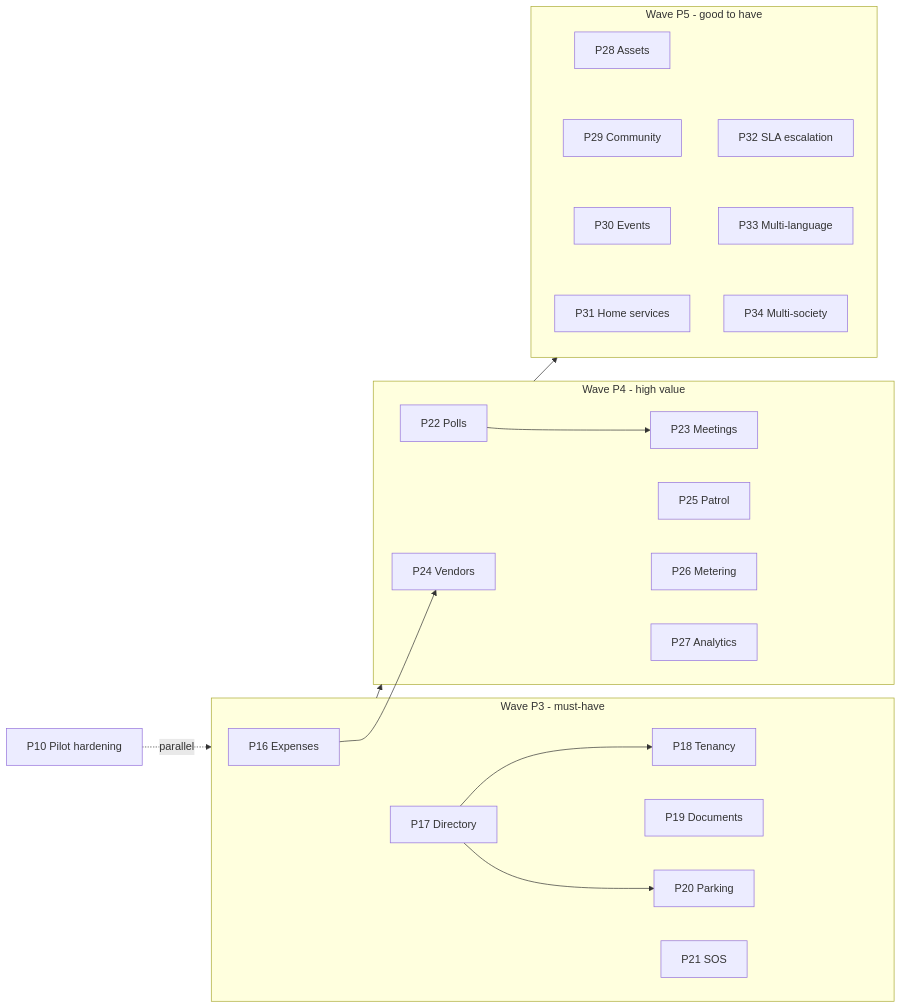
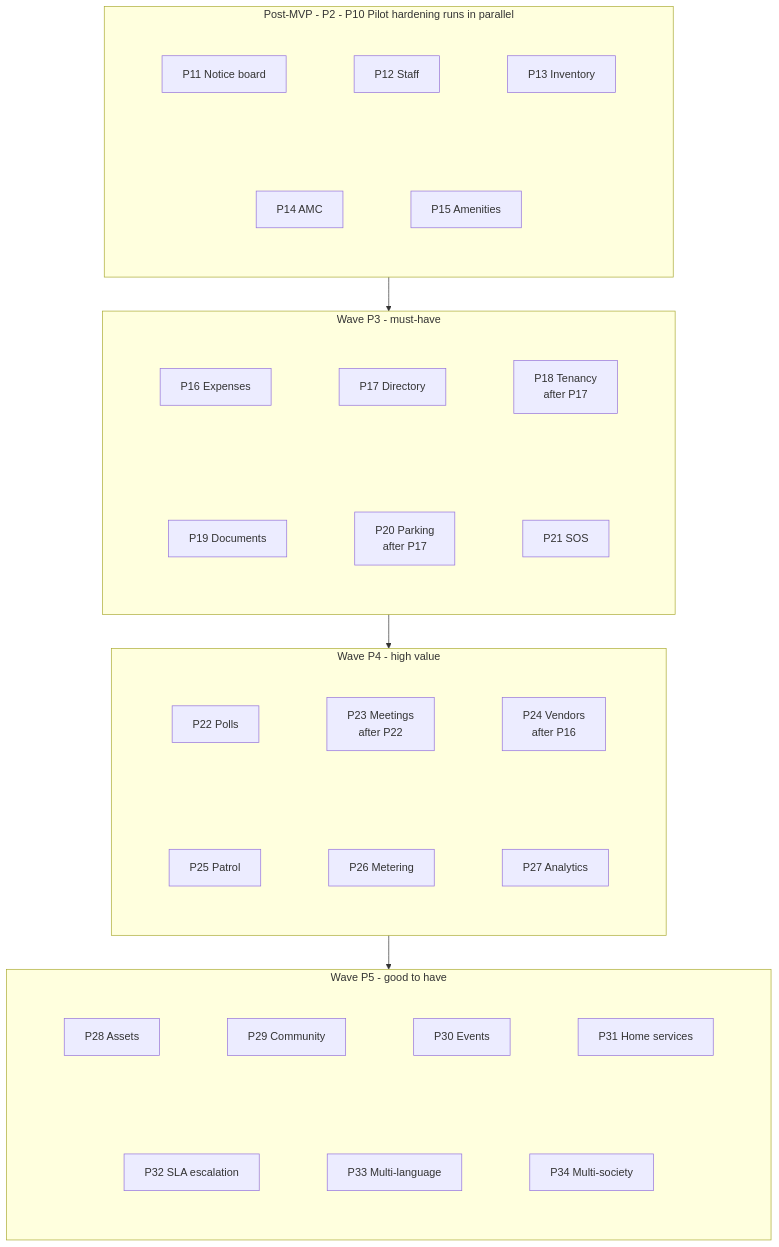
The second of 2 diagrams in docs/IMPLEMENTATION_PLAN.md (abhishek-r-patel/homeish), drawn with Mermaid before and after one commit. The commit also changed other lines of this file and 8 other files, not shown here.

````diff
--- a/docs/IMPLEMENTATION_PLAN.md
+++ b/docs/IMPLEMENTATION_PLAN.md
@@ -702,23 +63,54 @@
 ```mermaid
-flowchart LR
-  P10[P10 Pilot hardening] -.parallel.-> W3
+flowchart TD
+  subgraph W2[Post-MVP - P2 - P10 Pilot hardening runs in parallel]
+    direction TB
+    subgraph W2a[" "]
+      direction LR
+      P11[P11 Notice board] ~~~ P12[P12 Staff] ~~~ P13[P13 Inventory]
+    end
+    subgraph W2b[" "]
+      direction LR
+      P14[P14 AMC] ~~~ P15[P15 Amenities]
+    end
+    W2a ~~~ W2b
+  end
   subgraph W3[Wave P3 - must-have]
-    P16[P16 Expenses] ~~~ P17[P17 Directory]
-    P17 --> P18[P18 Tenancy]
-    P19[P19 Documents]
-    P17 --> P20[P20 Parking]
-    P21[P21 SOS]
+    direction TB
+    subgraph W3a[" "]
+      direction LR
+      P16[P16 Expenses] ~~~ P17[P17 Directory] ~~~ P18[P18 Tenancy<br/>after P17]
+    end
+    subgraph W3b[" "]
+      direction LR
+      P19[P19 Documents] ~~~ P20[P20 Parking<br/>after P17] ~~~ P21[P21 SOS]
+    end
+    W3a ~~~ W3b
   end
   subgraph W4[Wave P4 - high value]
-    P22[P22 Polls] --> P23[P23 Meetings]
-    P16 --> P24[P24 Vendors]
-    P25[P25 Patrol]
-    P26[P26 Metering]
-    P27[P27 Analytics]
+    direction TB
+    subgraph W4a[" "]
+      direction LR
+      P22[P22 Polls] ~~~ P23[P23 Meetings<br/>after P22] ~~~ P24[P24 Vendors<br/>after P16]
+    end
+    subgraph W4b[" "]
+      direction LR
+      P25[P25 Patrol] ~~~ P26[P26 Metering] ~~~ P27[P27 Analytics]
+    end
+    W4a ~~~ W4b
   end
   subgraph W5[Wave P5 - good to have]
-    P28[P28 Assets] ~~~ P29[P29 Community] ~~~ P30[P30 Events] ~~~ P31[P31 Home services]
-    P32[P32 SLA escalation] ~~~ P33[P33 Multi-language] ~~~ P34[P34 Multi-society]
+    direction TB
+    subgraph W5a[" "]
+      direction LR
+      P28[P28 Assets] ~~~ P29[P29 Community] ~~~ P30[P30 Events] ~~~ P31[P31 Home services]
+    end
+    subgraph W5b[" "]
+      direction LR
+      P32[P32 SLA escalation] ~~~ P33[P33 Multi-language] ~~~ P34[P34 Multi-society]
+    end
+    W5a ~~~ W5b
   end
-  W3 --> W4 --> W5
+  W2 --> W3 --> W4 --> W5
+  classDef row fill:none,stroke:none
+  class W2a,W2b,W3a,W3b,W4a,W4b,W5a,W5b row
 ```
````
